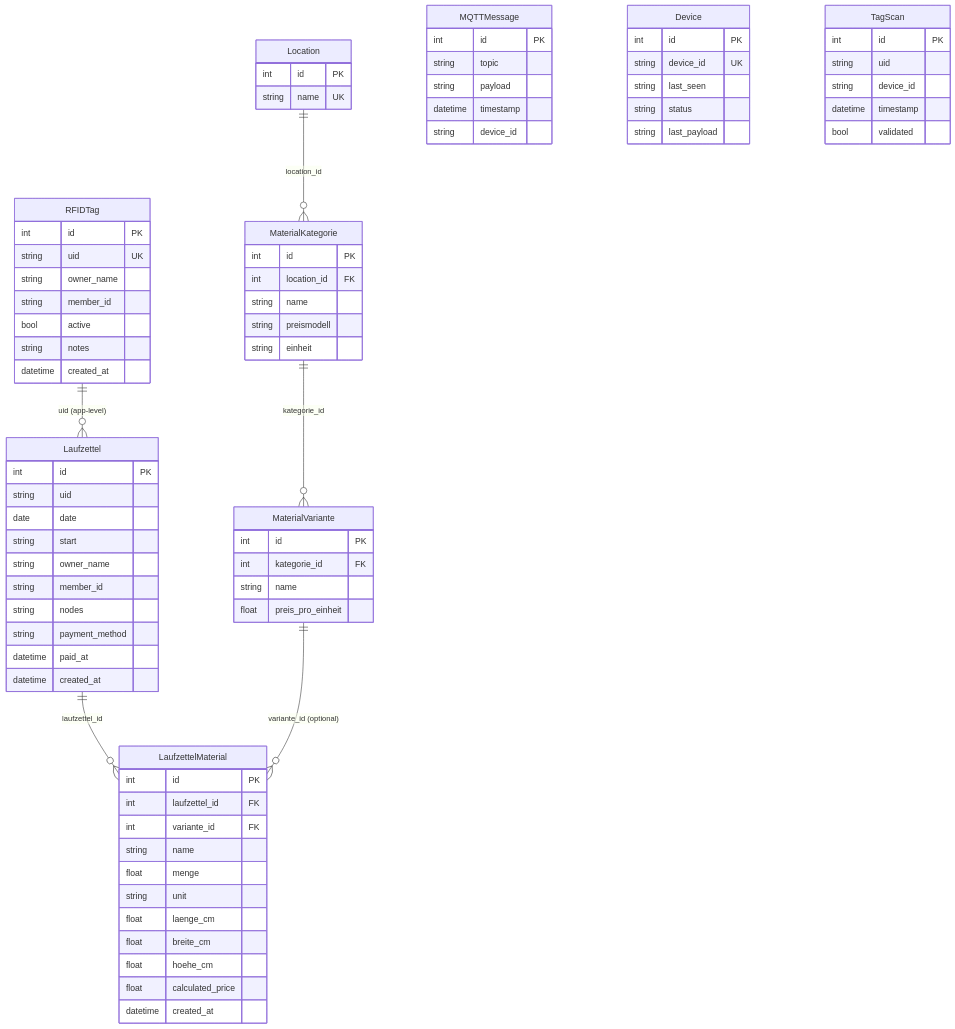
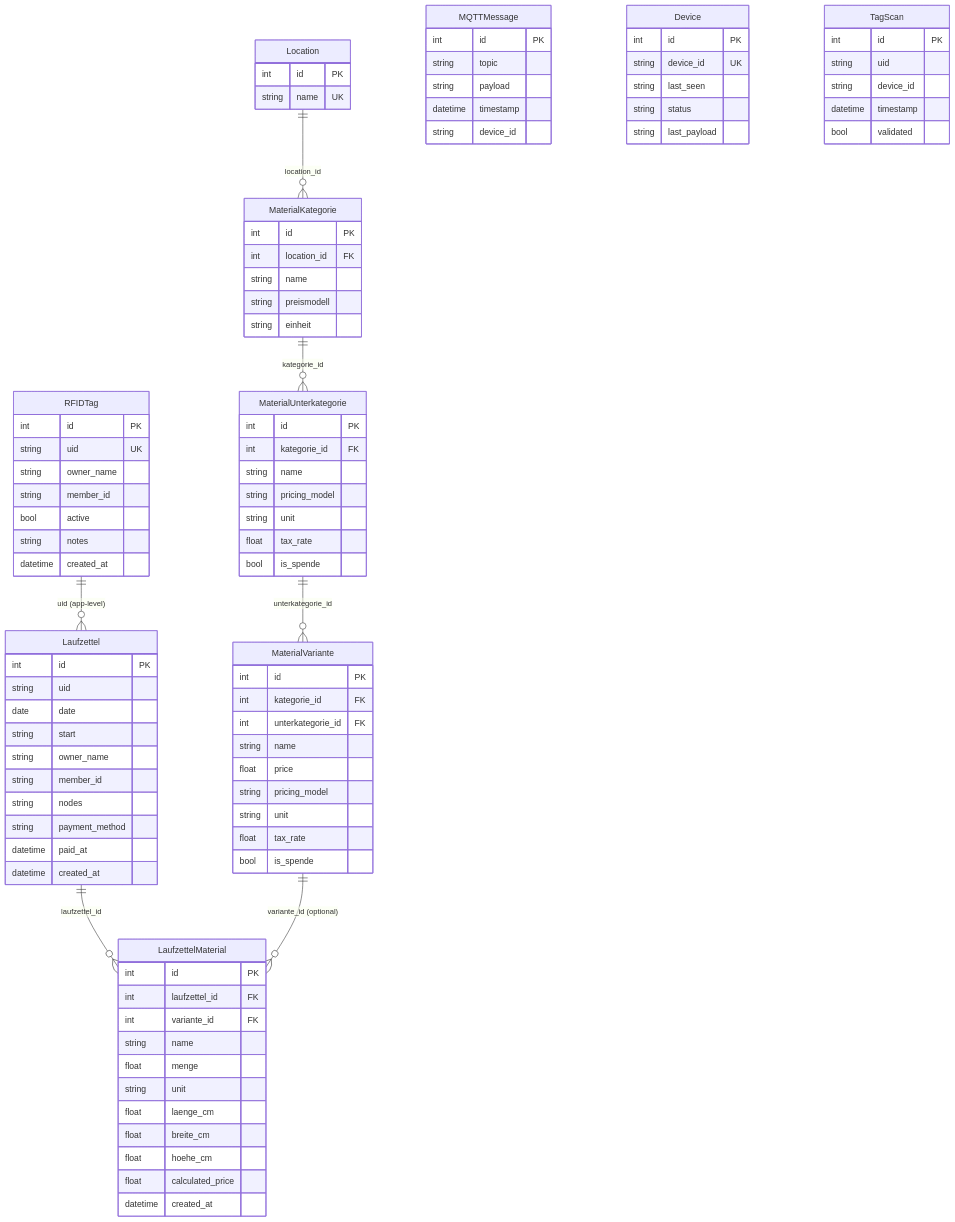
Before and after one commit to AlexErlewein/MakerPi_GroundControl: the first of 2 diagrams in docs/07-database-model.md, drawn with Mermaid. The commit also changed 8 other files, not shown here.

````diff
--- a/docs/07-database-model.md
+++ b/docs/07-database-model.md
@@ -63,11 +63,25 @@
         string preismodell
         string einheit
     }
+    MaterialUnterkategorie {
+        int id PK
+        int kategorie_id FK
+        string name
+        string pricing_model
+        string unit
+        float tax_rate
+        bool is_spende
+    }
     MaterialVariante {
         int id PK
         int kategorie_id FK
+        int unterkategorie_id FK
         string name
-        float preis_pro_einheit
+        float price
+        string pricing_model
+        string unit
+        float tax_rate
+        bool is_spende
     }
     MQTTMessage {
         int id PK
@@ -94,6 +108,7 @@
     RFIDTag ||--o{ Laufzettel : "uid (app-level)"
     Laufzettel ||--o{ LaufzettelMaterial : "laufzettel_id"
     Location ||--o{ MaterialKategorie : "location_id"
-    MaterialKategorie ||--o{ MaterialVariante : "kategorie_id"
+    MaterialKategorie ||--o{ MaterialUnterkategorie : "kategorie_id"
+    MaterialUnterkategorie ||--o{ MaterialVariante : "unterkategorie_id"
     MaterialVariante ||--o{ LaufzettelMaterial : "variante_id (optional)"
 ```
````
